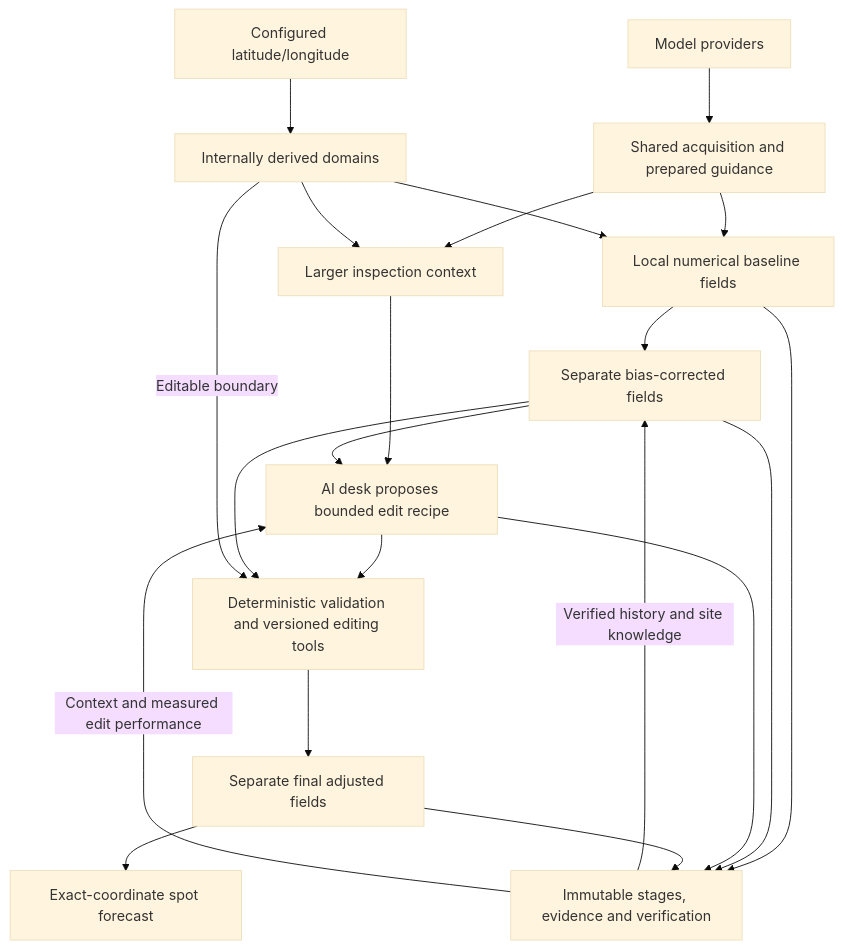
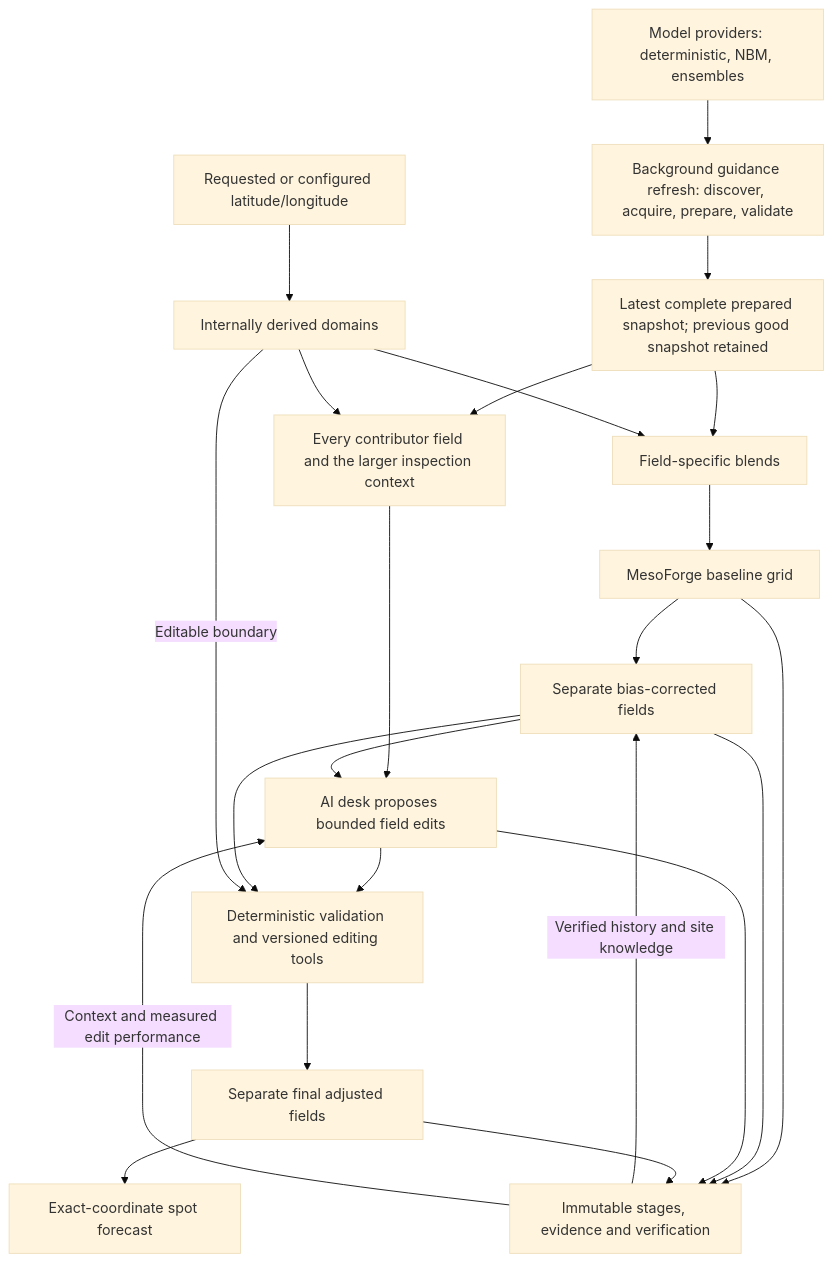
The diagram in VISION.md (Tony-Ingle/mesoforge), drawn with Mermaid (base theme) before and after one commit. The commit also changed other lines of this file and 3 other files, not shown here.

First line of the commit message:
docs: make "the blend is the forecast" the canonical architecture

````diff
--- a/VISION.md
+++ b/VISION.md
@@ -282,23 +455,25 @@
 ```mermaid
 flowchart TD
-    Models[Model providers] --> Shared[Shared acquisition and prepared guidance]
-    Coordinates[Configured latitude/longitude] --> Domains[Internally derived domains]
-    Shared --> Baseline[Local numerical baseline fields]
-    Domains --> Baseline
-    Shared --> Context[Larger inspection context]
+    Models[Model providers: deterministic, NBM, ensembles] --> Refresh[Background guidance refresh: discover, acquire, prepare, validate]
+    Refresh --> Shared[Latest complete prepared snapshot; previous good snapshot retained]
+    Coordinates[Requested or configured latitude/longitude] --> Domains[Internally derived domains]
+    Shared --> Blend[Field-specific blends]
+    Domains --> Blend
+    Blend --> Baseline[MesoForge baseline grid]
+    Shared --> Context[Every contributor field and the larger inspection context]
     Domains --> Context
     Baseline --> Corrected[Separate bias-corrected fields]
-    Context --> Desk[AI desk proposes bounded edit recipe]
+    Context --> Desk[AI desk proposes bounded field edits]
     Corrected --> Desk
     Desk --> Tools[Deterministic validation and versioned editing tools]
     Corrected --> Tools
     Domains -->|Editable boundary| Tools
     Tools --> Final[Separate final adjusted fields]
     Final --> Spot[Exact-coordinate spot forecast]
     Baseline --> History[Immutable stages, evidence and verification]
     Corrected --> History
     Desk --> History
     Final --> History
     History -->|Verified history and site knowledge| Corrected
     History -->|Context and measured edit performance| Desk
 ```
````
